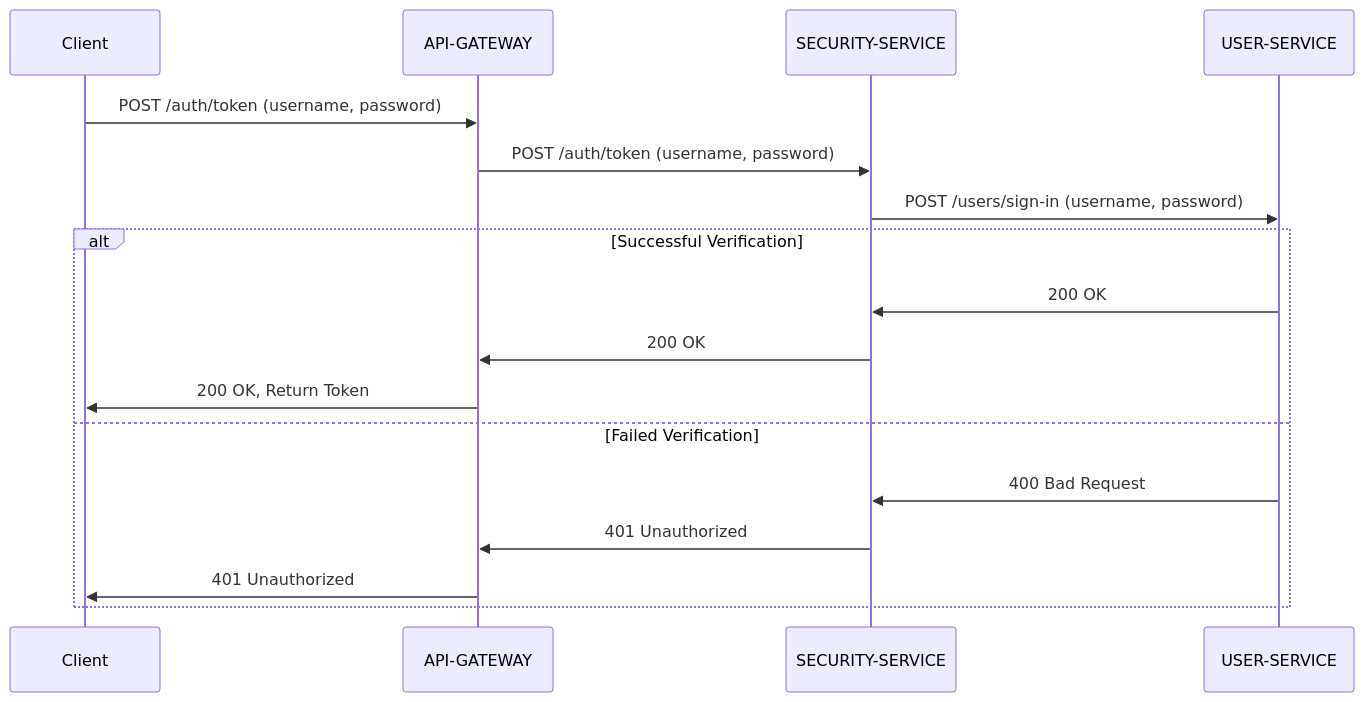
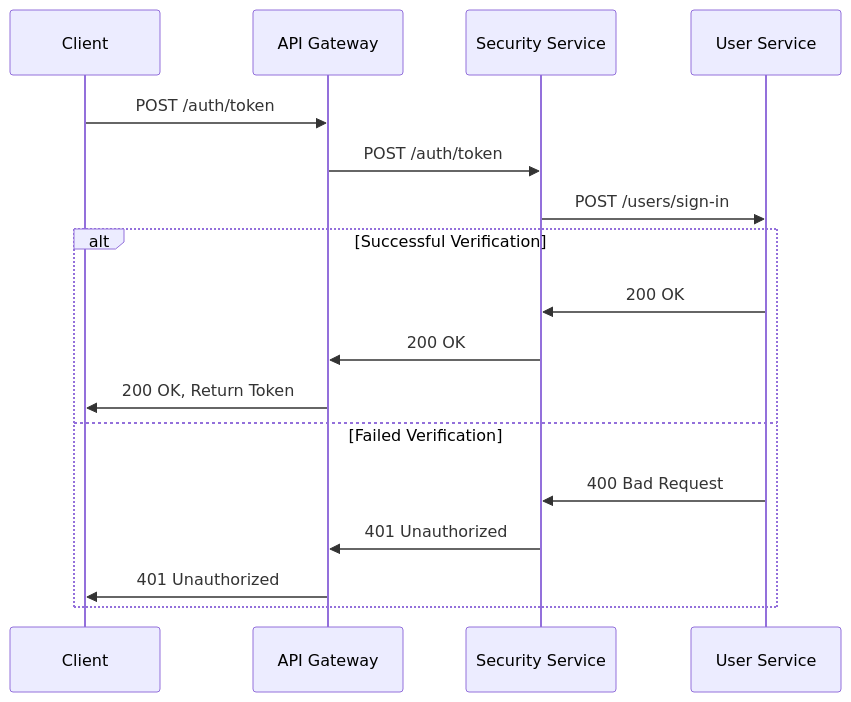
The first of 2 diagrams in security/README.md (KalGookSoo/springboot-msa), drawn with Mermaid before and after one commit. The commit also changed other lines of this file, not shown here.

````diff
--- a/security/README.md
+++ b/security/README.md
@@ -24,20 +25,20 @@
 ```mermaid
 sequenceDiagram
     participant Client as Client
-    participant ApiGateway as API-GATEWAY
-    participant SecurityService as SECURITY-SERVICE
-    participant UserService as USER-SERVICE
+    participant ApiGateway as API Gateway
+    participant SecurityService as Security Service
+    participant UserService as User Service
 
-    Client->>ApiGateway: POST /auth/token (username, password)
-    ApiGateway->>SecurityService: POST /auth/token (username, password)
-    SecurityService->>UserService: POST /users/sign-in (username, password)
+    Client->>ApiGateway: POST /auth/token
+    ApiGateway->>SecurityService: POST /auth/token
+    SecurityService->>UserService: POST /users/sign-in
     alt Successful Verification
         UserService->>SecurityService: 200 OK
         SecurityService->>ApiGateway: 200 OK
         ApiGateway->>Client: 200 OK, Return Token
     else Failed Verification
         UserService->>SecurityService: 400 Bad Request
         SecurityService->>ApiGateway: 401 Unauthorized
         ApiGateway->>Client: 401 Unauthorized
     end
 ```
````
